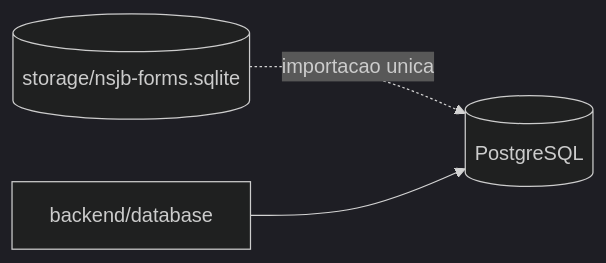
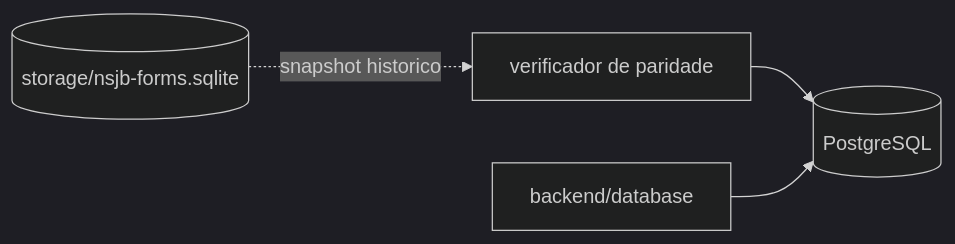
One commit to EnzoCriniti/Forms_NSJB changed the diagram in docker/db/README.md. Above: the diagram before and after it, drawn with Mermaid (dark theme). The commit also changed other lines of this file and 18 other files, not shown here.

````diff
--- a/docker/db/README.md
+++ b/docker/db/README.md
@@ -19,5 +18,6 @@
 ```mermaid
 flowchart LR
-  S[(storage/nsjb-forms.sqlite)] -. importacao unica .-> P[(PostgreSQL)]
+  S[(storage/nsjb-forms.sqlite)] -. snapshot historico .-> C[verificador de paridade]
+  C --> P[(PostgreSQL)]
   B[backend/database] --> P
 ```
````
